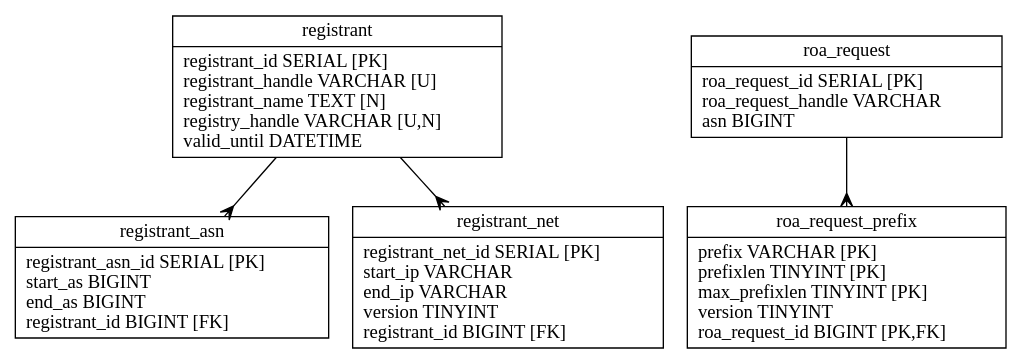
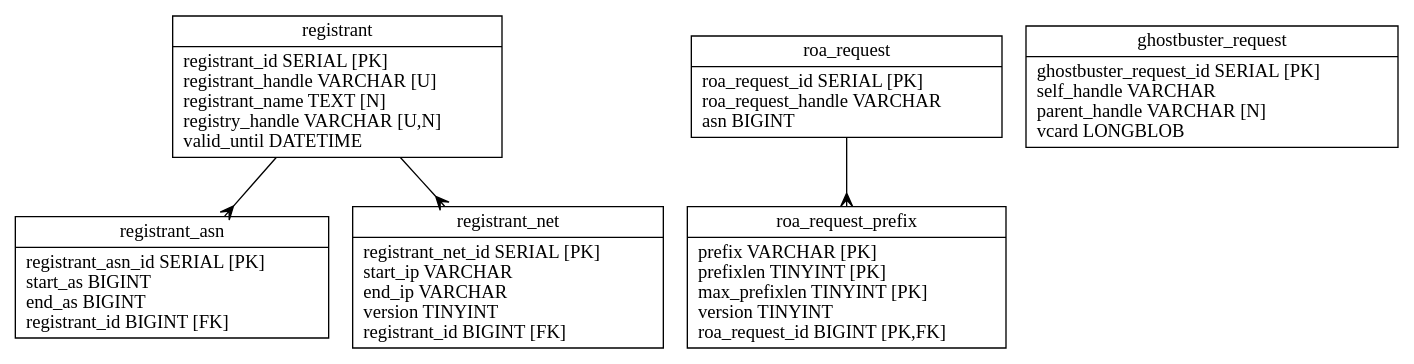
One commit to dragonresearch/rpki.net changed the diagram in rpkid/doc/irdbd.dot. Above: the diagram before and after it, drawn with Graphviz. The commit also changed 5 other files, not shown here.

```diff
--- a/rpkid/doc/irdbd.dot
+++ b/rpkid/doc/irdbd.dot
@@ -1,15 +1,16 @@
 // Automatically generated from irdbd.sql
 
 digraph test {
 	edge [arrowtail=none, arrowhead=crow];
 	graph [ratio=fill, overlap=false];
 	node [label="\N", fillcolor=white, shape=record, style=filled];
 	node1 [label="{registrant\n|registrant_id\ SERIAL\ [PK]\lregistrant_handle\ VARCHAR\ [U]\lregistrant_name\ TEXT\ [N]\lregistry_handle\ VARCHAR\ [U,N]\lvalid_until\ DATETIME\l}"];
 	node2 [label="{registrant_asn\n|registrant_asn_id\ SERIAL\ [PK]\lstart_as\ BIGINT\lend_as\ BIGINT\lregistrant_id\ BIGINT\ [FK]\l}"];
 	node3 [label="{registrant_net\n|registrant_net_id\ SERIAL\ [PK]\lstart_ip\ VARCHAR\lend_ip\ VARCHAR\lversion\ TINYINT\lregistrant_id\ BIGINT\ [FK]\l}"];
 	node4 [label="{roa_request\n|roa_request_id\ SERIAL\ [PK]\lroa_request_handle\ VARCHAR\lasn\ BIGINT\l}"];
 	node5 [label="{roa_request_prefix\n|prefix\ VARCHAR\ [PK]\lprefixlen\ TINYINT\ [PK]\lmax_prefixlen\ TINYINT\ [PK]\lversion\ TINYINT\lroa_request_id\ BIGINT\ [PK,FK]\l}"];
+	node6 [label="{ghostbuster_request\n|ghostbuster_request_id\ SERIAL\ [PK]\lself_handle\ VARCHAR\lparent_handle\ VARCHAR\ [N]\lvcard\ LONGBLOB\l}"];
 	node1 -> node2 [arrowtail=none, arrowhead=crow];
 	node1 -> node3 [arrowtail=none, arrowhead=crow];
 	node4 -> node5 [arrowtail=none, arrowhead=crow];
 }
```
